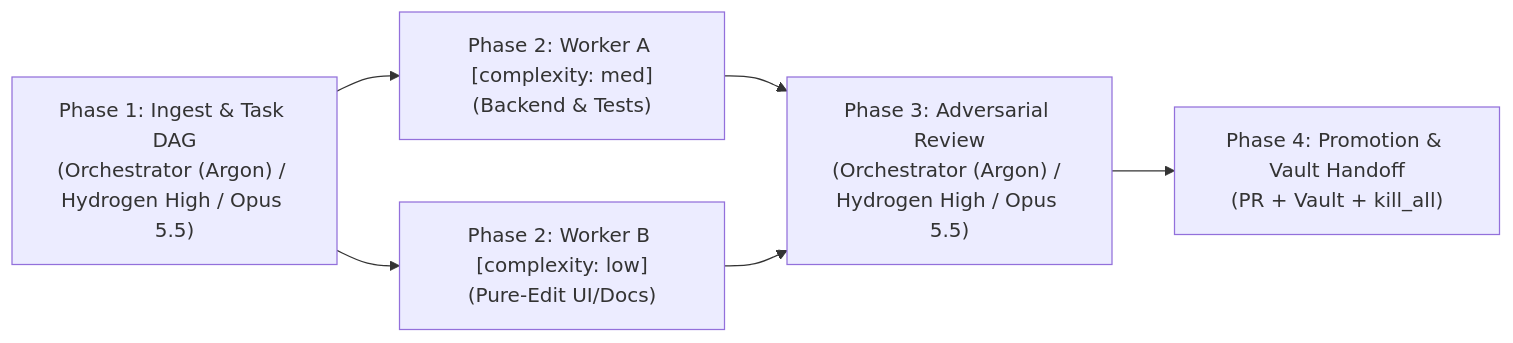
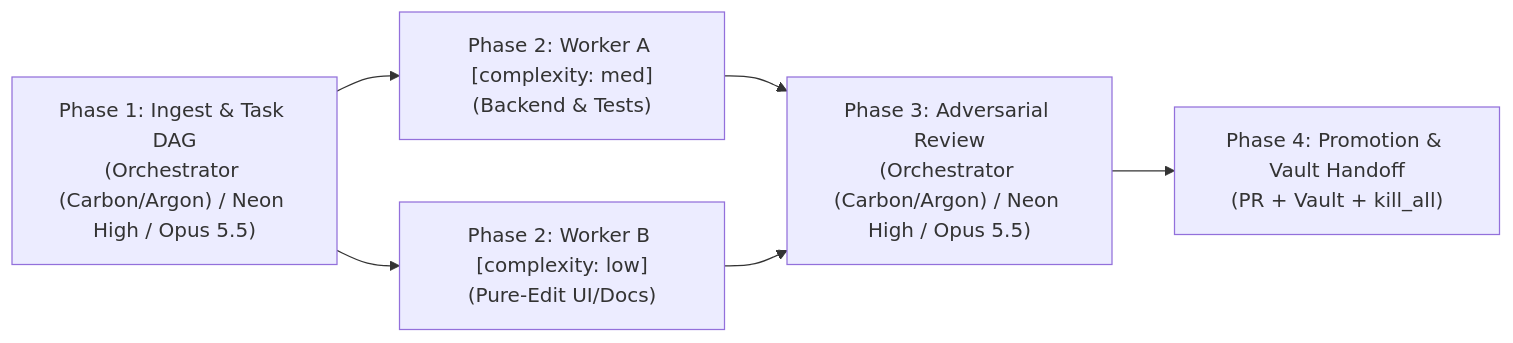
One commit to Cooper-Wallace/agentkit changed the diagram in harness/plugins/autonomous-orchestrator/skills/auto-lifecycle/SKILL.md. Above: the diagram before and after it, drawn with Mermaid. The commit also changed other lines of this file and 29 other files, not shown here.

Commit message:
feat(models): add Gemini 4 Carbon and Neon tiers, profiles, hooks, and directives

````diff
--- a/harness/plugins/autonomous-orchestrator/skills/auto-lifecycle/SKILL.md
+++ b/harness/plugins/autonomous-orchestrator/skills/auto-lifecycle/SKILL.md
@@ -14,8 +14,8 @@
 ```mermaid
 flowchart LR
-    P1["Phase 1: Ingest & Task DAG<br/>(Orchestrator (Argon) / Hydrogen High / Opus 5.5)"] --> P2A["Phase 2: Worker A [complexity: med]<br/>(Backend & Tests)"]
+    P1["Phase 1: Ingest & Task DAG<br/>(Orchestrator (Carbon/Argon) / Neon High / Opus 5.5)"] --> P2A["Phase 2: Worker A [complexity: med]<br/>(Backend & Tests)"]
     P1 --> P2B["Phase 2: Worker B [complexity: low]<br/>(Pure-Edit UI/Docs)"]
-    P2A --> P3["Phase 3: Adversarial Review<br/>(Orchestrator (Argon) / Hydrogen High / Opus 5.5)"]
+    P2A --> P3["Phase 3: Adversarial Review<br/>(Orchestrator (Carbon/Argon) / Neon High / Opus 5.5)"]
     P2B --> P3
     P3 --> P4["Phase 4: Promotion & Vault Handoff<br/>(PR + Vault + kill_all)"]
 ```
````
